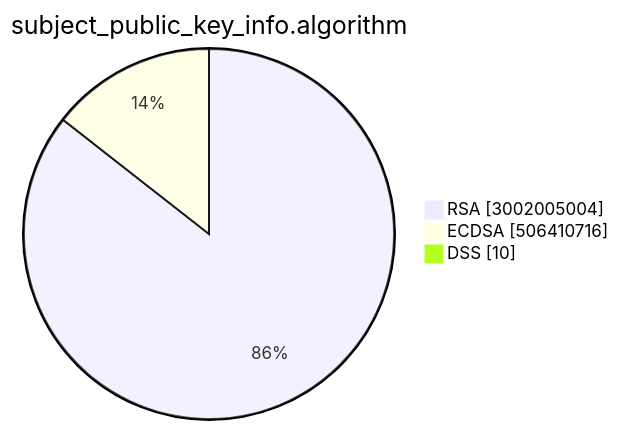
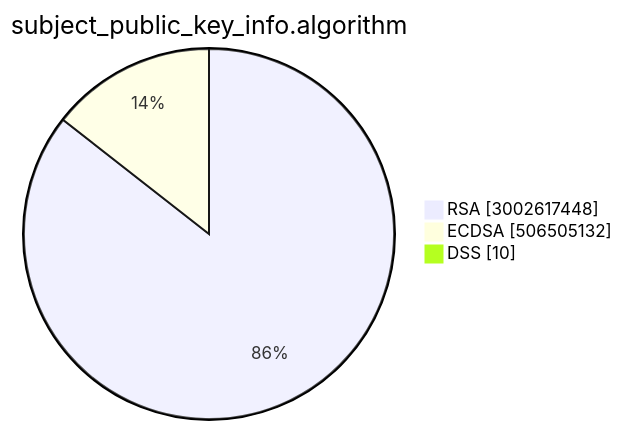
The second of 15 diagrams in TOTAL/README.md (christiankrug/ctmonitor_visualization), drawn with Mermaid before and after one commit. The commit also changed other lines of this file, not shown here.

````diff
--- a/TOTAL/README.md
+++ b/TOTAL/README.md
@@ -6,7 +6,7 @@
 ```mermaid
 pie showData
 title subject_public_key_info.algorithm
-"RSA" :3002005004
-"ECDSA" :506410716
+"RSA" :3002617448
+"ECDSA" :506505132
 "DSS" :10
 ```
````
